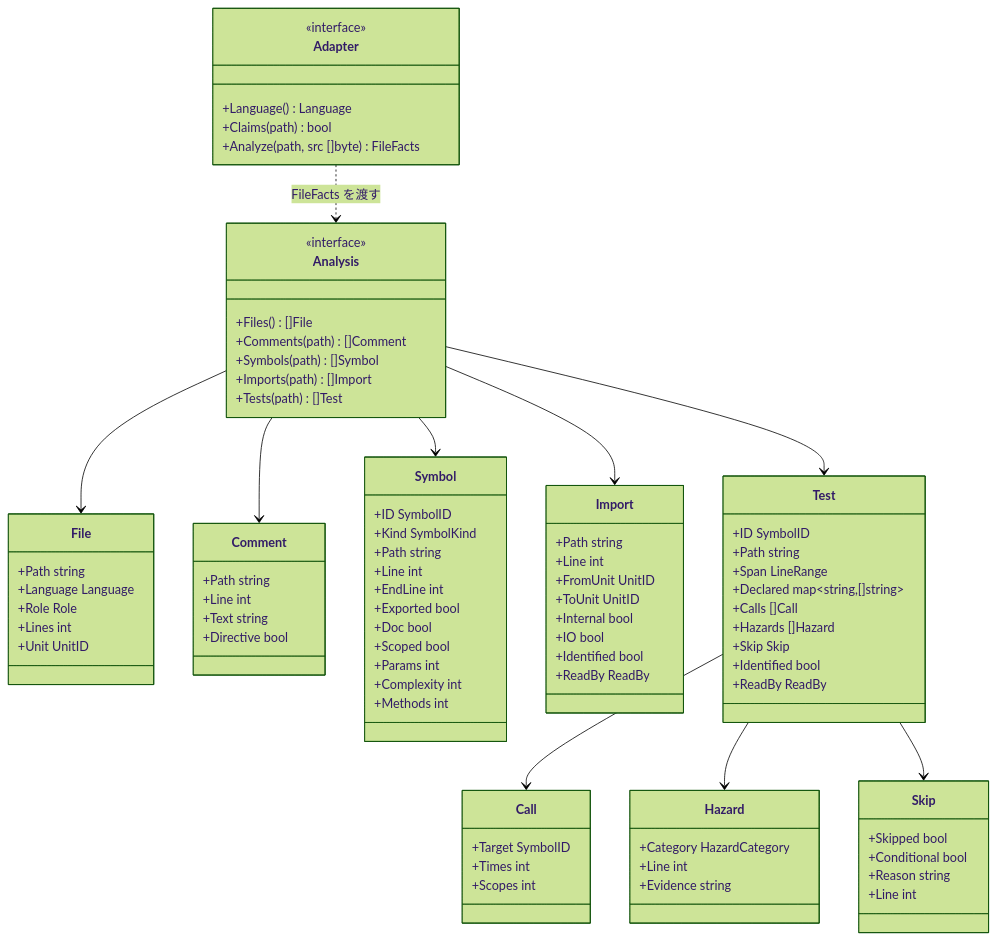
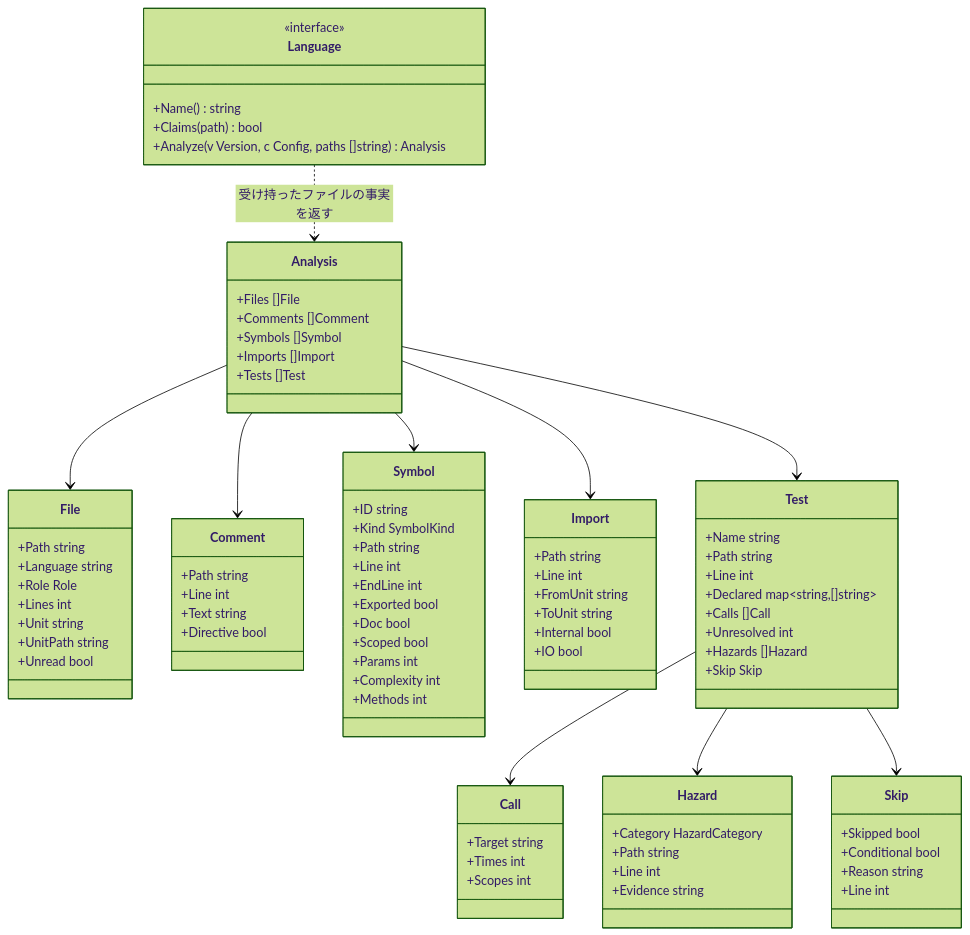
Before and after one commit to rerorets/hadome: the diagram in docs/design/adapters.ja.md, drawn with Mermaid (forest theme). The commit also changed other lines of this file and 39 other files, not shown here.

````diff
--- a/docs/design/adapters.ja.md
+++ b/docs/design/adapters.ja.md
@@ -22,19 +23,20 @@
 ```mermaid
 classDiagram
   class Analysis {
-    <<interface>>
-    +Files() []File
-    +Comments(path) []Comment
-    +Symbols(path) []Symbol
-    +Imports(path) []Import
-    +Tests(path) []Test
+    +Files []File
+    +Comments []Comment
+    +Symbols []Symbol
+    +Imports []Import
+    +Tests []Test
   }
   class File {
     +Path string
-    +Language Language
+    +Language string
     +Role Role
     +Lines int
-    +Unit UnitID
+    +Unit string
+    +UnitPath string
+    +Unread bool
   }
   class Comment {
     +Path string
@@ -43,7 +45,7 @@
     +Directive bool
   }
   class Symbol {
-    +ID SymbolID
+    +ID string
     +Kind SymbolKind
     +Path string
     +Line int
@@ -58,31 +60,29 @@
   class Import {
     +Path string
     +Line int
-    +FromUnit UnitID
-    +ToUnit UnitID
+    +FromUnit string
+    +ToUnit string
     +Internal bool
     +IO bool
-    +Identified bool
-    +ReadBy ReadBy
   }
   class Test {
-    +ID SymbolID
+    +Name string
     +Path string
-    +Span LineRange
+    +Line int
     +Declared map~string,[]string~
     +Calls []Call
+    +Unresolved int
     +Hazards []Hazard
     +Skip Skip
-    +Identified bool
-    +ReadBy ReadBy
   }
   class Call {
-    +Target SymbolID
+    +Target string
     +Times int
     +Scopes int
   }
   class Hazard {
     +Category HazardCategory
+    +Path string
     +Line int
     +Evidence string
   }
@@ -92,11 +92,11 @@
     +Reason string
     +Line int
   }
-  class Adapter {
+  class Language {
     <<interface>>
-    +Language() Language
+    +Name() string
     +Claims(path) bool
-    +Analyze(path, src []byte) FileFacts
+    +Analyze(v Version, c Config, paths []string) Analysis
   }
   Analysis --> File
   Analysis --> Comment
@@ -106,5 +106,5 @@
   Test --> Call
   Test --> Hazard
   Test --> Skip
-  Adapter ..> Analysis : FileFacts を渡す
+  Language ..> Analysis : 受け持ったファイルの事実を返す
 ```
````
